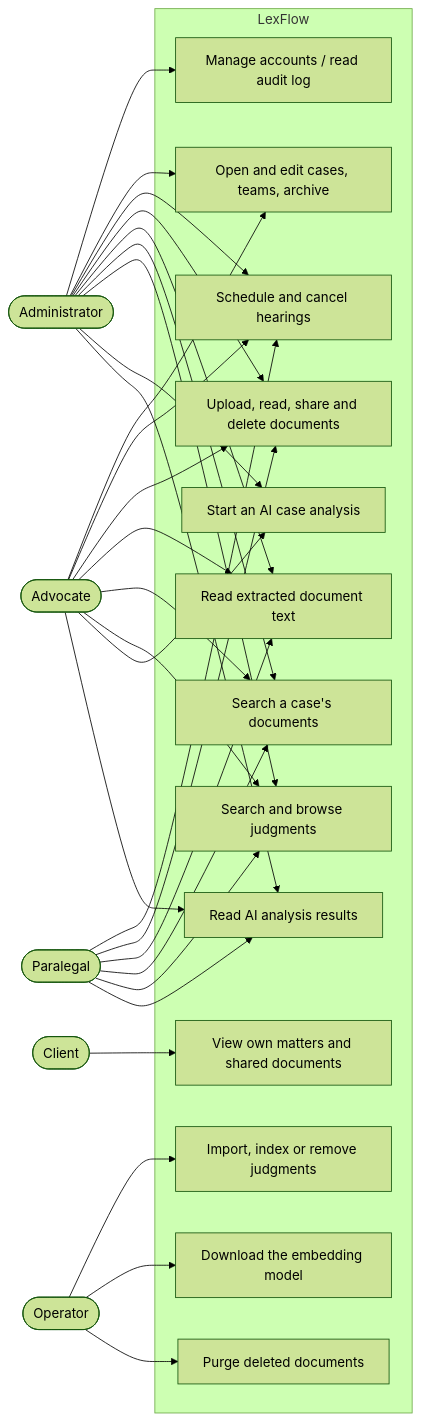
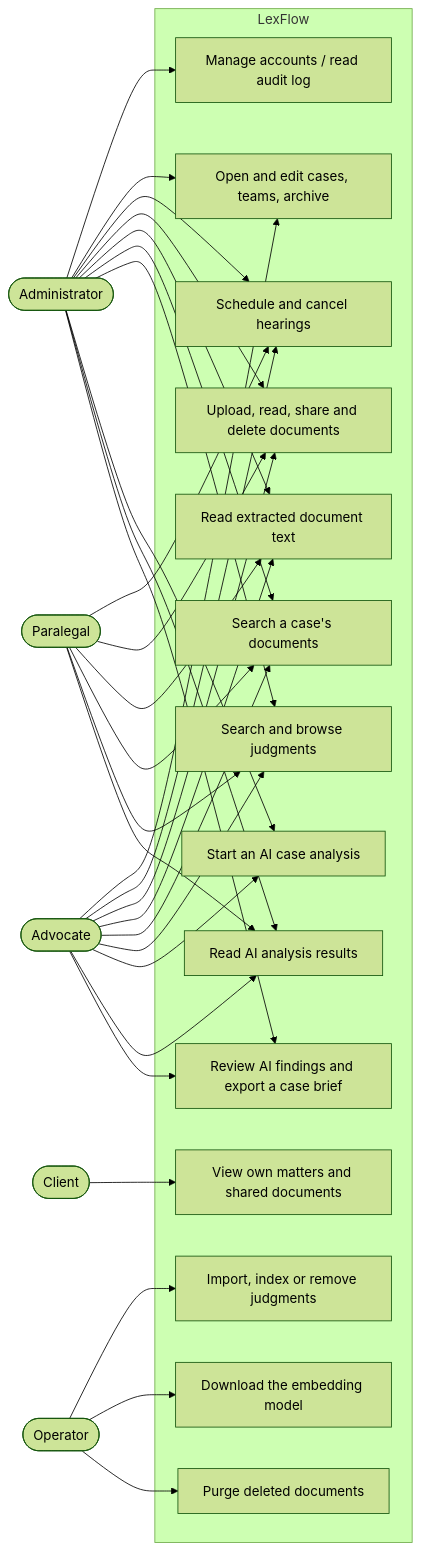
Before and after one commit to Aryan-Goyal30/LexFlow: the first of 6 diagrams in docs/ARCHITECTURE.md, drawn with Mermaid (forest theme). The commit also changed other lines of this file and 49 other files, not shown here.

````diff
--- a/docs/ARCHITECTURE.md
+++ b/docs/ARCHITECTURE.md
@@ -31,28 +31,29 @@
 ```mermaid
 flowchart LR
   admin([Administrator])
   adv([Advocate])
   para([Paralegal])
   client([Client])
   op([Operator])
   subgraph LexFlow
     uc1[Manage accounts / read audit log]
     uc2[Open and edit cases, teams, archive]
     uc3[Schedule and cancel hearings]
     uc4[Upload, read, share and delete documents]
     uc5[Read extracted document text]
     uc6[Search a case's documents]
     uc7[Search and browse judgments]
     uc8[View own matters and shared documents]
     uc9[Import, index or remove judgments]
     uc10[Download the embedding model]
     uc11[Purge deleted documents]
     uc12[Start an AI case analysis]
     uc13[Read AI analysis results]
+    uc14[Review AI findings and export a case brief]
   end
-  admin --> uc1 & uc2 & uc3 & uc4 & uc5 & uc6 & uc7 & uc12 & uc13
-  adv --> uc2 & uc3 & uc4 & uc5 & uc6 & uc7 & uc12 & uc13
+  admin --> uc1 & uc2 & uc3 & uc4 & uc5 & uc6 & uc7 & uc12 & uc13 & uc14
+  adv --> uc2 & uc3 & uc4 & uc5 & uc6 & uc7 & uc12 & uc13 & uc14
   para --> uc3 & uc4 & uc5 & uc6 & uc7 & uc13
   client --> uc8
   op --> uc9 & uc10 & uc11
 ```
````
